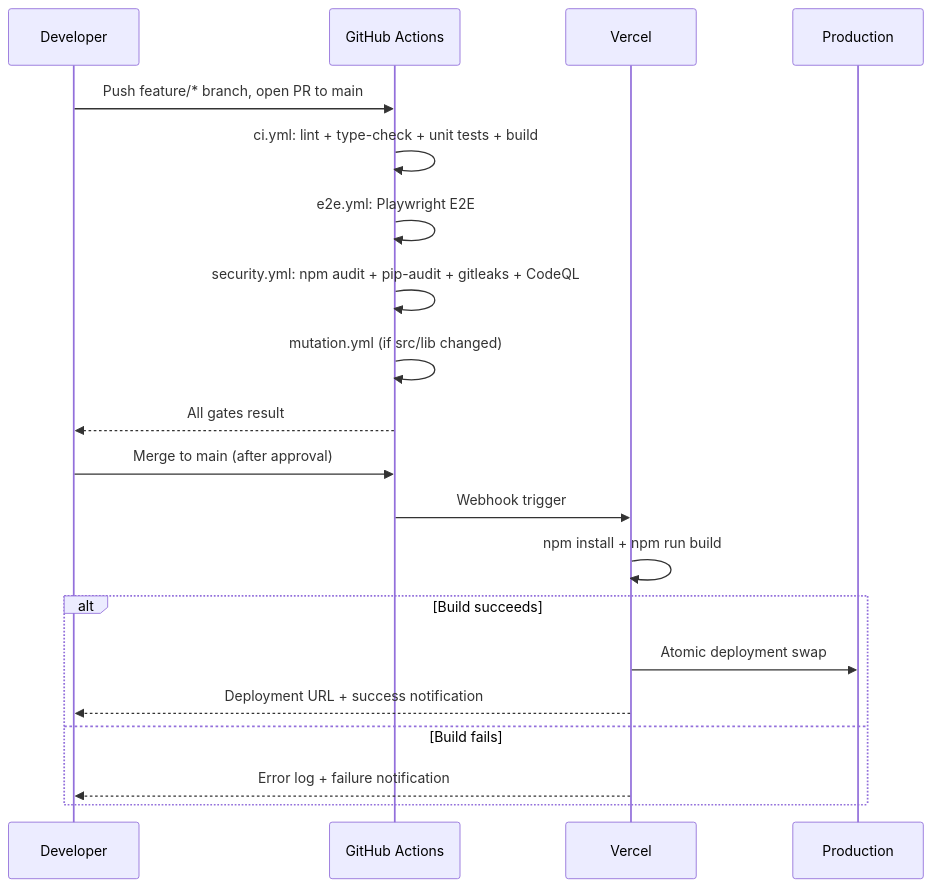
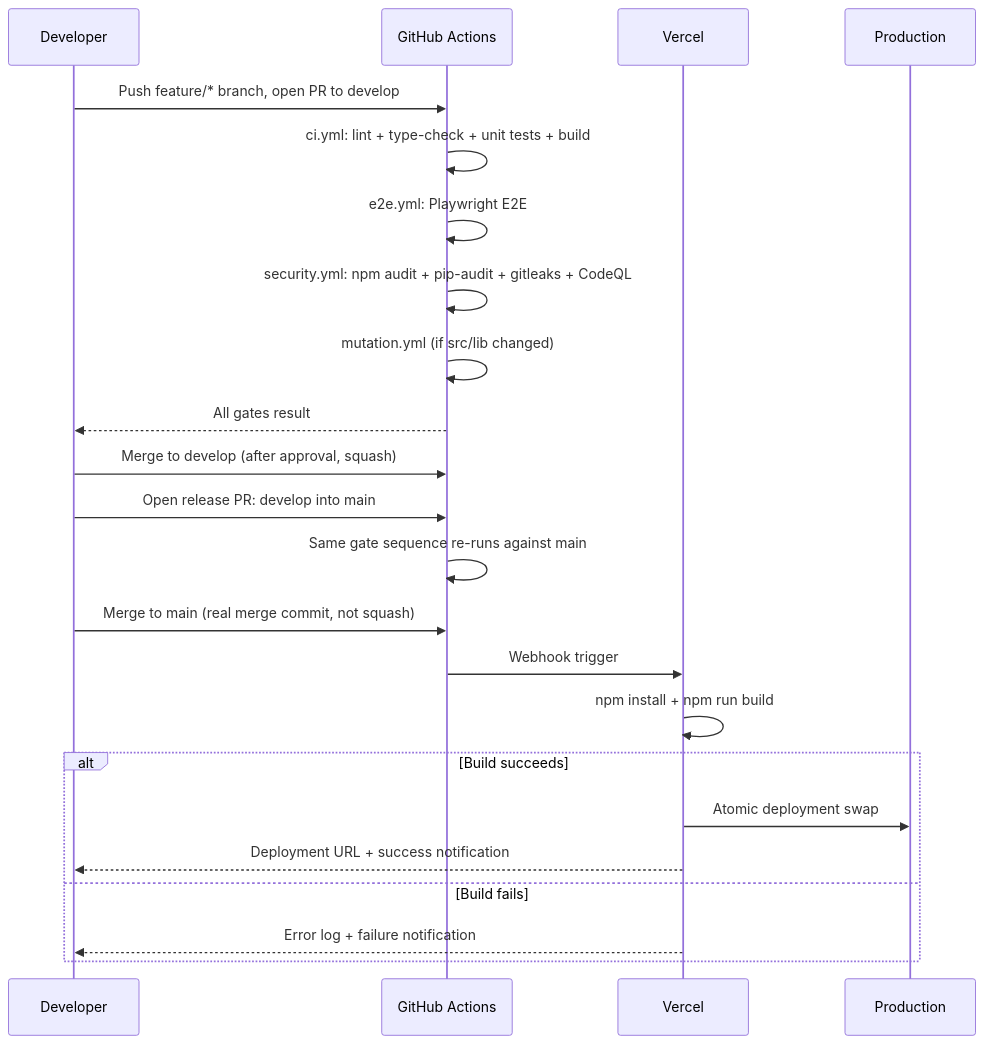
The second of 8 diagrams in docs/wiki/DEPLOYMENT.md (Oweeboi011/Fit-Ready-IQ), drawn with Mermaid before and after one commit. The commit also changed other lines of this file and 11 other files, not shown here.

First line of the commit message:
docs: fix stale paths, branch flow, versions, and structural bugs

````diff
--- a/docs/wiki/DEPLOYMENT.md
+++ b/docs/wiki/DEPLOYMENT.md
@@ -61,23 +64,26 @@
 ```mermaid
 sequenceDiagram
     participant Dev as Developer
     participant GH as GitHub Actions
     participant V as Vercel
     participant Prod as Production
 
-    Dev->>GH: Push feature/* branch, open PR to main
+    Dev->>GH: Push feature/* branch, open PR to develop
     GH->>GH: ci.yml: lint + type-check + unit tests + build
     GH->>GH: e2e.yml: Playwright E2E
     GH->>GH: security.yml: npm audit + pip-audit + gitleaks + CodeQL
     GH->>GH: mutation.yml (if src/lib changed)
     GH-->>Dev: All gates result
-    Dev->>GH: Merge to main (after approval)
+    Dev->>GH: Merge to develop (after approval, squash)
+    Dev->>GH: Open release PR: develop into main
+    GH->>GH: Same gate sequence re-runs against main
+    Dev->>GH: Merge to main (real merge commit, not squash)
     GH->>V: Webhook trigger
     V->>V: npm install + npm run build
     alt Build succeeds
         V->>Prod: Atomic deployment swap
         V-->>Dev: Deployment URL + success notification
     else Build fails
         V-->>Dev: Error log + failure notification
     end
 ```
````
